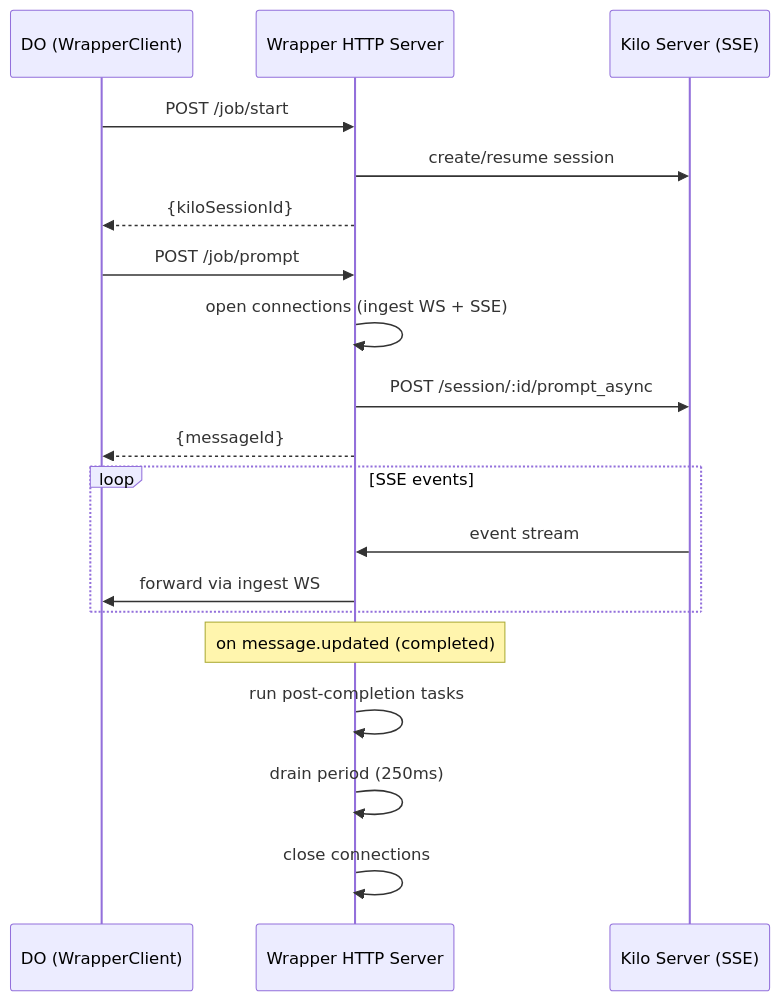
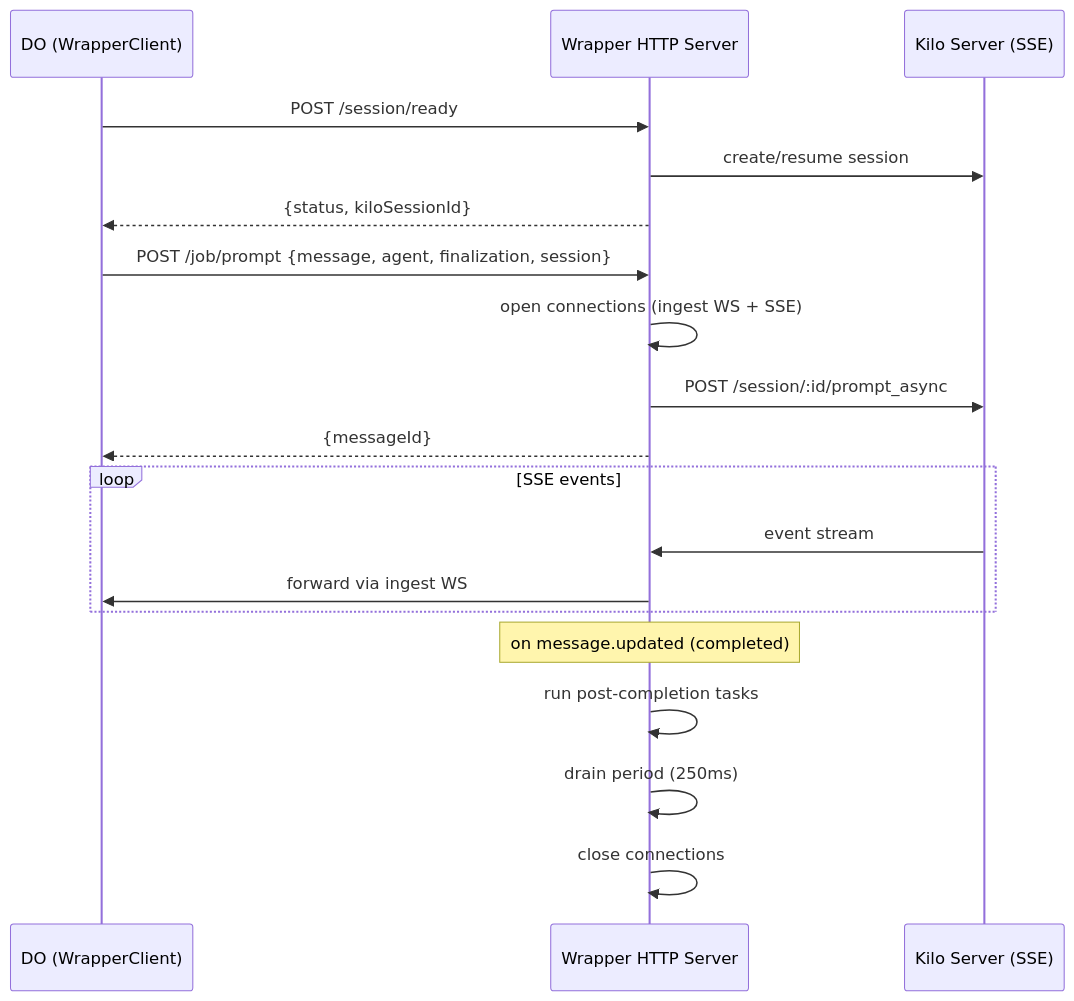
Before and after one commit to Kilo-Org/cloud: the fifth of 9 diagrams in services/cloud-agent-next/docs/diagrams.md, drawn with Mermaid. The commit also changed other lines of this file and 180 other files, not shown here.

Commit message:
refactor(cloud-agent-next): replace execution-centric session management

````diff
--- a/services/cloud-agent-next/docs/diagrams.md
+++ b/services/cloud-agent-next/docs/diagrams.md
@@ -106,25 +101,25 @@
 ```mermaid
 sequenceDiagram
   participant DO as DO (WrapperClient)
   participant Wrap as Wrapper HTTP Server
   participant Kilo as Kilo Server (SSE)
 
-  DO->>Wrap: POST /job/start
+  DO->>Wrap: POST /session/ready
   Wrap->>Kilo: create/resume session
-  Wrap-->>DO: {kiloSessionId}
+  Wrap-->>DO: {status, kiloSessionId}
 
-  DO->>Wrap: POST /job/prompt
+  DO->>Wrap: POST /job/prompt {message, agent, finalization, session}
   Wrap->>Wrap: open connections (ingest WS + SSE)
   Wrap->>Kilo: POST /session/:id/prompt_async
   Wrap-->>DO: {messageId}
 
   loop SSE events
     Kilo->>Wrap: event stream
     Wrap->>DO: forward via ingest WS
   end
 
   Note over Wrap: on message.updated (completed)
   Wrap->>Wrap: run post-completion tasks
   Wrap->>Wrap: drain period (250ms)
   Wrap->>Wrap: close connections
 ```
````
